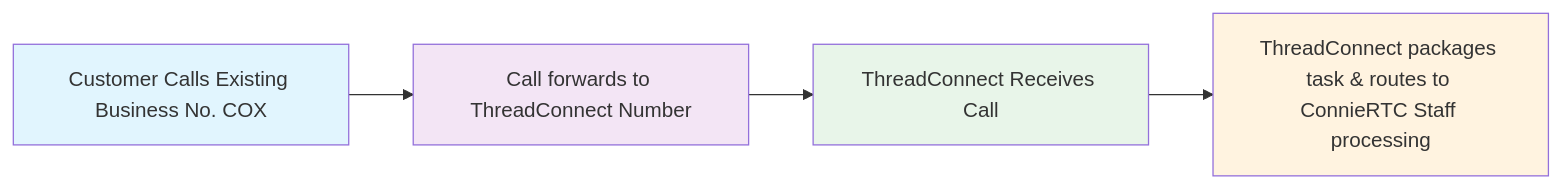
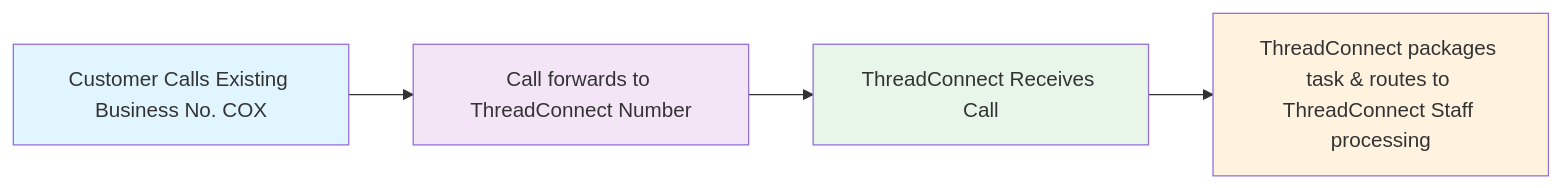
Before and after one commit to ConnieML/docs.connie: the diagram in docs/end-users/administrators/channels/voice/call-forwarding/index.md, drawn with Mermaid. The commit also changed 129 other files, not shown here.

First line of the commit message:
Rebrand ConnieRTC -> ThreadConnect across docs (CEO approval 2026-10-30, round 2)

````diff
--- a/docs/end-users/administrators/channels/voice/call-forwarding/index.md
+++ b/docs/end-users/administrators/channels/voice/call-forwarding/index.md
@@ -19,11 +19,11 @@
 ```mermaid
 flowchart LR
     A[Customer Calls Existing Business No. COX] --> B[Call forwards to ThreadConnect Number]
     B --> C[ThreadConnect Receives Call]
-    C --> D[ThreadConnect packages task & routes to ConnieRTC Staff processing]
+    C --> D[ThreadConnect packages task & routes to ThreadConnect Staff processing]
     
     style A fill:#e1f5fe
     style B fill:#f3e5f5
     style C fill:#e8f5e9
     style D fill:#fff3e0
 ```
````
